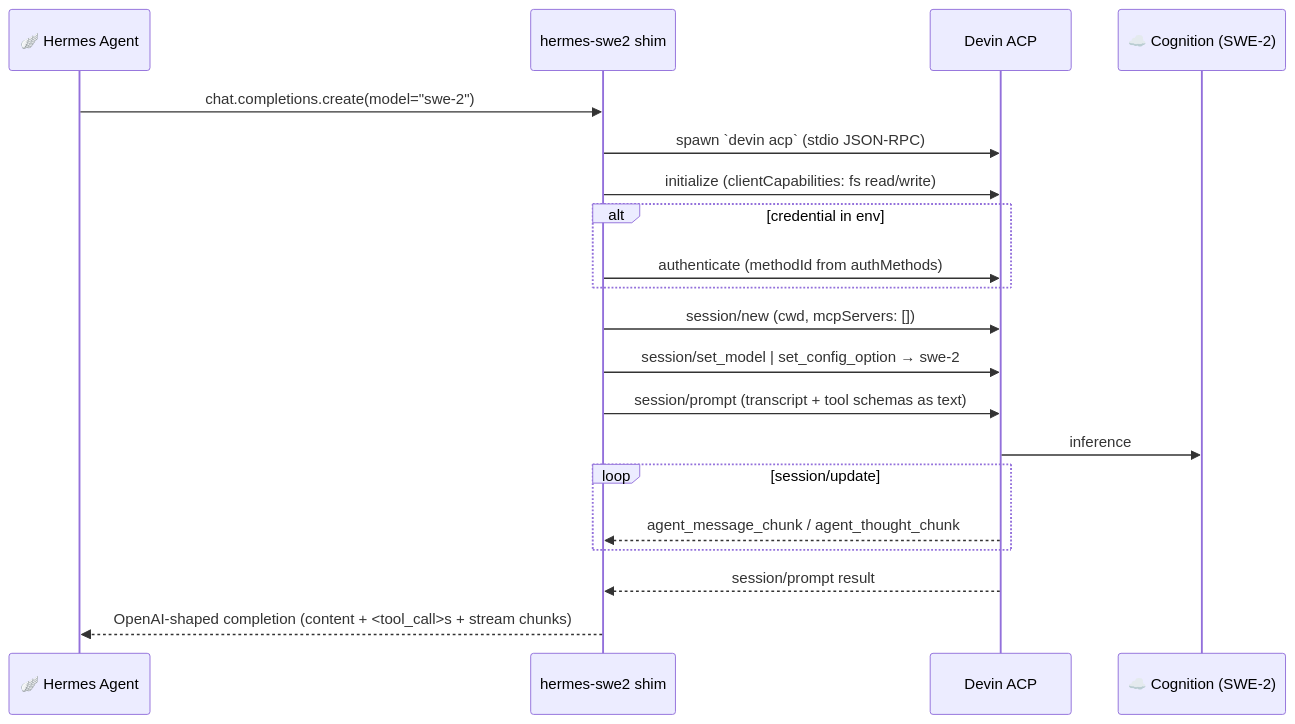
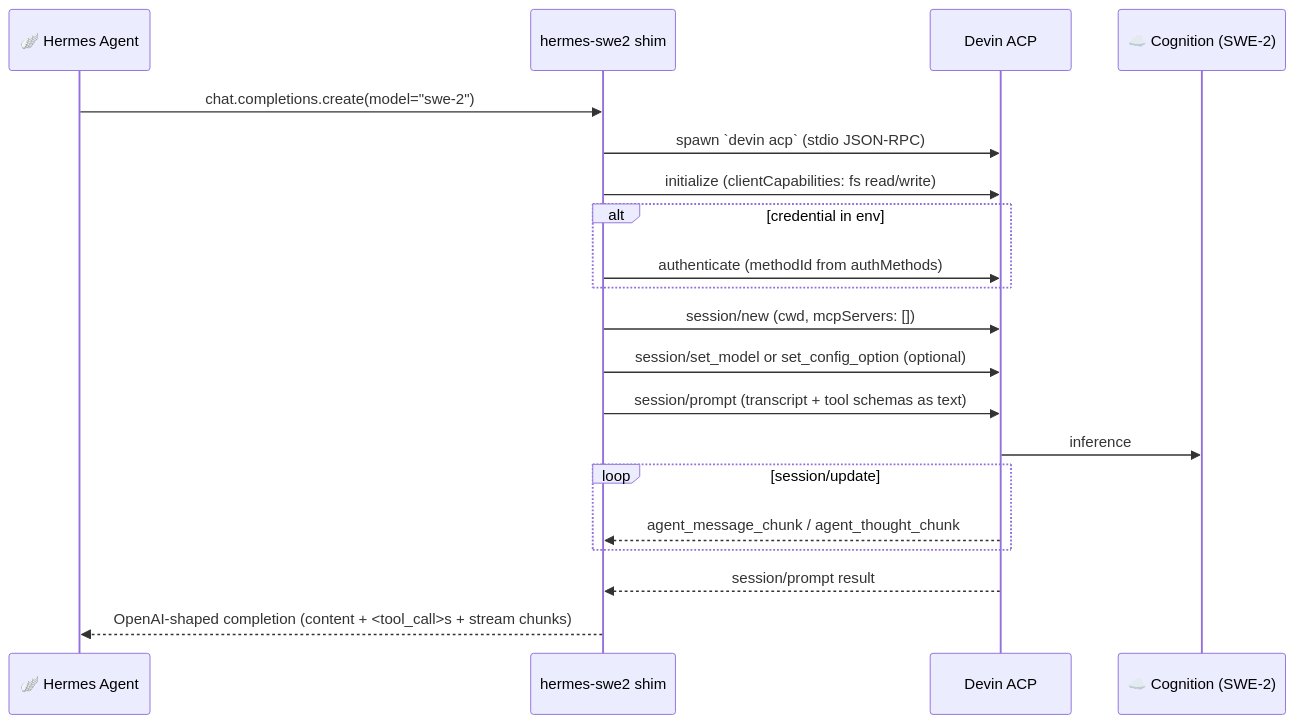
The diagram in README.md (GodsBoy/hermes-swe2), drawn with Mermaid before and after one commit. The commit also changed other lines of this file and 6 other files, not shown here.

````diff
--- a/README.md
+++ b/README.md
@@ -41,23 +41,23 @@
 ```mermaid
 sequenceDiagram
     participant H as 🪽 Hermes Agent
     participant P as hermes-swe2 shim
     participant D as Devin ACP
     participant C as ☁️ Cognition (SWE-2)
 
     H->>P: chat.completions.create(model="swe-2")
     P->>D: spawn `devin acp` (stdio JSON-RPC)
     P->>D: initialize (clientCapabilities: fs read/write)
     alt credential in env
         P->>D: authenticate (methodId from authMethods)
     end
     P->>D: session/new (cwd, mcpServers: [])
-    P->>D: session/set_model | set_config_option → swe-2
+    P->>D: session/set_model or set_config_option (optional)
     P->>D: session/prompt (transcript + tool schemas as text)
     D->>C: inference
     loop session/update
         D-->>P: agent_message_chunk / agent_thought_chunk
     end
     D-->>P: session/prompt result
     P-->>H: OpenAI-shaped completion (content + <tool_call>s + stream chunks)
 ```
````
